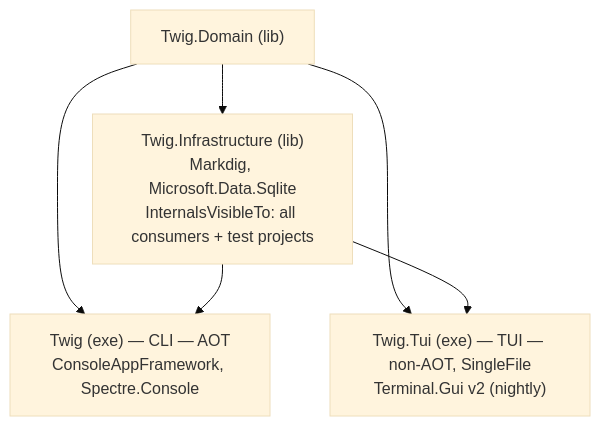
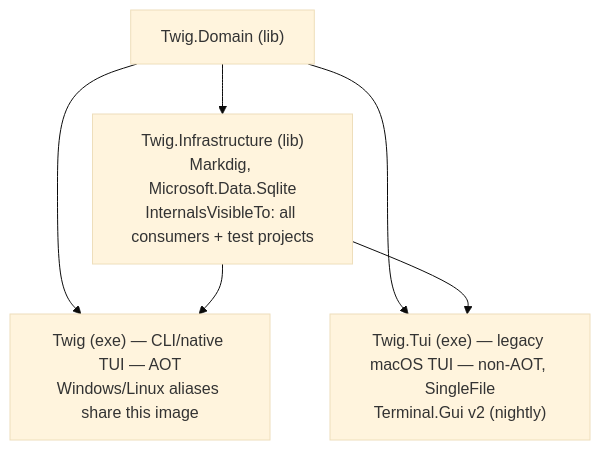
One commit to PolyphonyRequiem/twig changed the diagram in docs/architecture/build-and-release.md. Above: the diagram before and after it, drawn with Mermaid (base theme). The commit also changed other lines of this file and 33 other files, not shown here.

Commit message:
feat: cut over Windows/Linux TUI to native canonical launch and Herdr paths AB#1150

````diff
--- a/docs/architecture/build-and-release.md
+++ b/docs/architecture/build-and-release.md
@@ -161,8 +177,8 @@
 ```mermaid
 graph TD
     Domain["Twig.Domain (lib)"] --> Infra["Twig.Infrastructure (lib)<br/>Markdig, Microsoft.Data.Sqlite<br/>InternalsVisibleTo: all consumers + test projects"]
-    Domain --> CLI["Twig (exe) — CLI — AOT<br/>ConsoleAppFramework, Spectre.Console"]
-    Domain --> Tui["Twig.Tui (exe) — TUI — non-AOT, SingleFile<br/>Terminal.Gui v2 (nightly)"]
+    Domain --> CLI["Twig (exe) — CLI/native TUI — AOT<br/>Windows/Linux aliases share this image"]
+    Domain --> Tui["Twig.Tui (exe) — legacy macOS TUI — non-AOT, SingleFile<br/>Terminal.Gui v2 (nightly)"]
     Infra --> CLI
     Infra --> Tui
 ```
````
